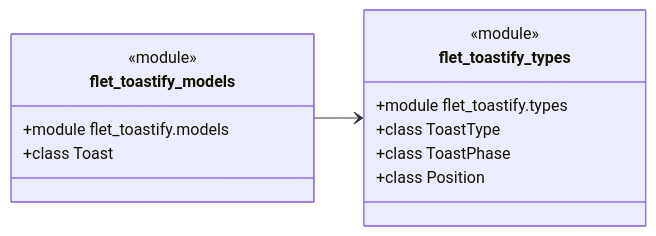
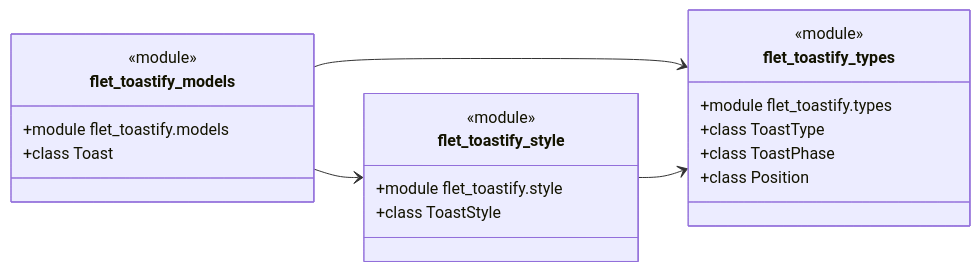
Before and after one commit to brunobrown/flet-toastify: the diagram in docs/assets/diagrams/generated/modules.mmd, drawn with Mermaid. The commit also changed 12 other files, not shown here.

```diff
--- a/docs/assets/diagrams/generated/modules.mmd
+++ b/docs/assets/diagrams/generated/modules.mmd
@@ -1,19 +1,27 @@
 classDiagram
   direction LR
   %% flet-toastify generated architecture diagrams: module dependencies
 
   class flet_toastify_models {
     <<module>>
     +module flet_toastify.models
     +class Toast
   }
 
+  class flet_toastify_style {
+    <<module>>
+    +module flet_toastify.style
+    +class ToastStyle
+  }
+
   class flet_toastify_types {
     <<module>>
     +module flet_toastify.types
     +class ToastType
     +class ToastPhase
     +class Position
   }
 
+  flet_toastify_models --> flet_toastify_style
   flet_toastify_models --> flet_toastify_types
+  flet_toastify_style --> flet_toastify_types
```
